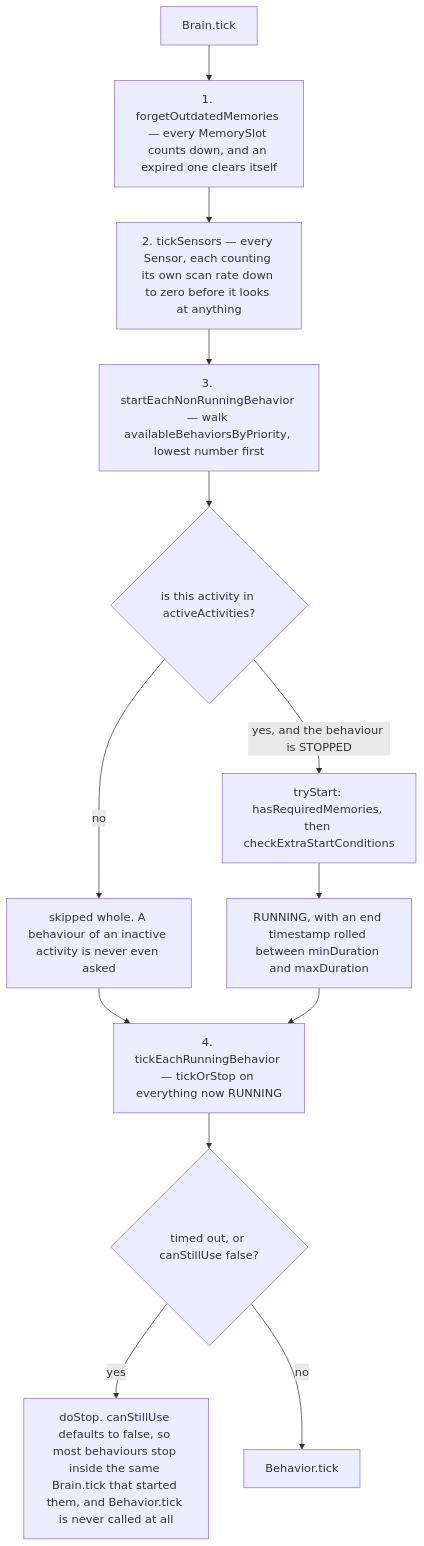
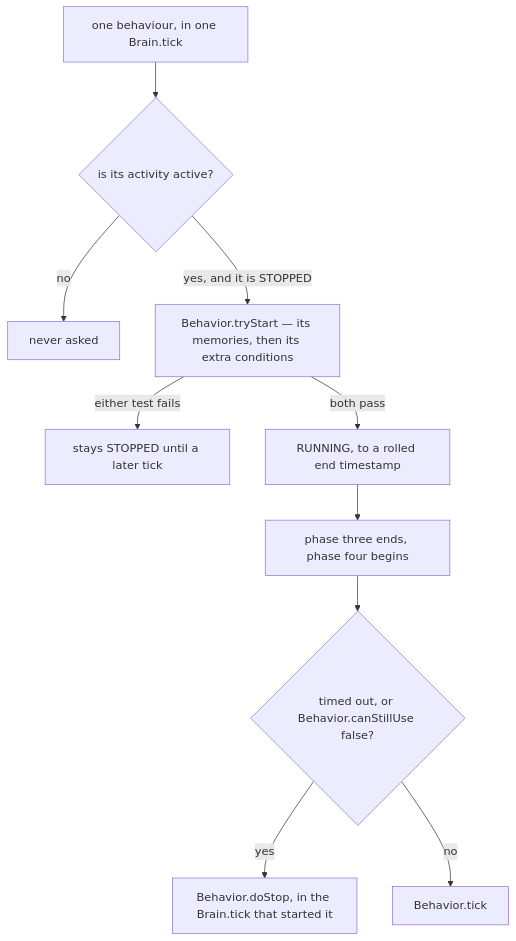
Before and after one commit to AlexanderjFraser/MinecraftDocs: the first of 2 diagrams in src/systems/entities/ai-goals-and-brains.md, drawn with Mermaid. The commit also changed other lines of this file and 23 other files, not shown here.

````diff
--- a/src/systems/entities/ai-goals-and-brains.md
+++ b/src/systems/entities/ai-goals-and-brains.md
@@ -165,21 +173,22 @@
 ```mermaid
 flowchart TB
-    A["Brain.tick"]
-    B["1. forgetOutdatedMemories — every MemorySlot counts down, and an expired one clears itself"]
-    C["2. tickSensors — every Sensor, each counting its own scan rate down to zero before it looks at anything"]
-    D["3. startEachNonRunningBehavior — walk availableBehaviorsByPriority, lowest number first"]
-    E{"is this activity in activeActivities?"}
-    F["skipped whole. A behaviour of an inactive activity is never even asked"]
-    G["tryStart: hasRequiredMemories, then checkExtraStartConditions"]
-    H["RUNNING, with an end timestamp rolled between minDuration and maxDuration"]
-    I["4. tickEachRunningBehavior — tickOrStop on everything now RUNNING"]
-    J{"timed out, or canStillUse false?"}
-    K["doStop. canStillUse defaults to false, so most behaviours stop inside the same Brain.tick that started them, and Behavior.tick is never called at all"]
+    A["one behaviour, in one Brain.tick"]
+    E{"is its activity active?"}
+    F["never asked"]
+    G["Behavior.tryStart — its memories, then its extra conditions"]
+    X["stays STOPPED until a later tick"]
+    H["RUNNING, to a rolled end timestamp"]
+    S["phase three ends, phase four begins"]
+    J{"timed out, or Behavior.canStillUse false?"}
+    K["Behavior.doStop, in the Brain.tick that started it"]
     L["Behavior.tick"]
-    A --> B --> C --> D --> E
-    E -- "no" --> F --> I
-    E -- "yes, and the behaviour is STOPPED" --> G --> H --> I
-    I --> J
+    A --> E
+    E -- "no" --> F
+    E -- "yes, and it is STOPPED" --> G
+    G -- "either test fails" --> X
+    G -- "both pass" --> H
+    H --> S
+    S --> J
     J -- "yes" --> K
     J -- "no" --> L
 ```
````
